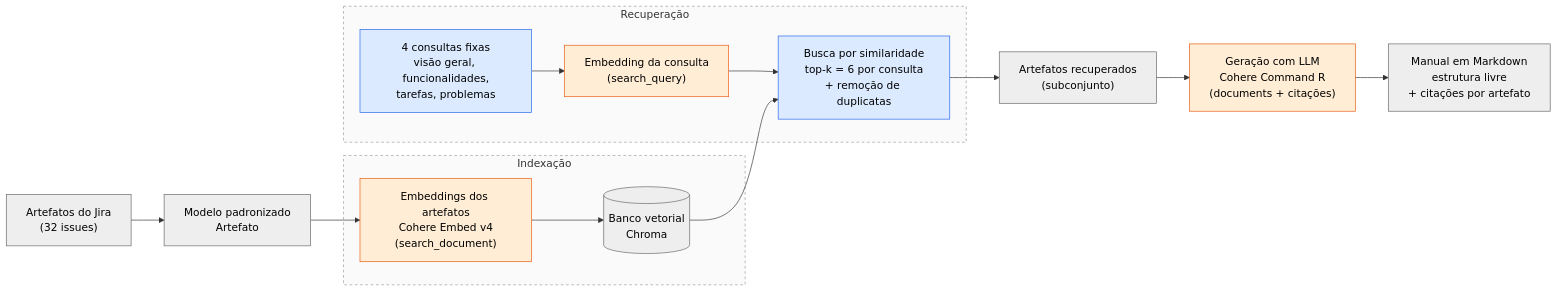
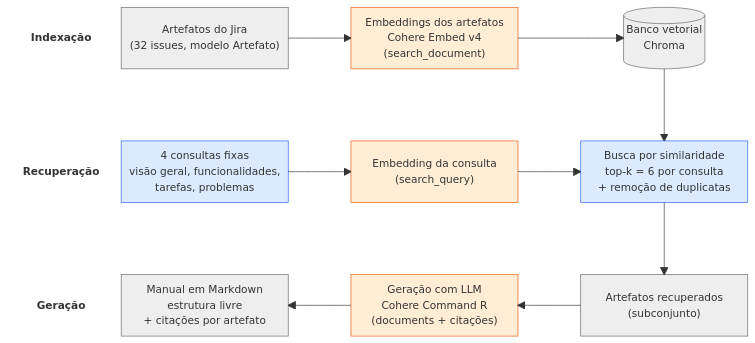
Before and after one commit to KarenStackoski/TCC: the second of 8 diagrams in docs/diagramas.md, drawn with Mermaid. The commit also changed other lines of this file and 4 other files, not shown here.

````diff
--- a/docs/diagramas.md
+++ b/docs/diagramas.md
@@ -58,33 +58,27 @@
 ```mermaid
-flowchart LR
-    A["Artefatos do Jira<br/>(32 issues)"]:::dado
-    B["Modelo padronizado<br/>Artefato"]:::dado
+block-beta
+    columns 13
+    L1["Indexação"]:2 A["Artefatos do Jira<br/>(32 issues, modelo Artefato)"]:3 space C["Embeddings dos artefatos<br/>Cohere Embed v4<br/>(search_document)"]:3 space D[("Banco vetorial<br/>Chroma")]:3
+    space:13
+    L2["Recuperação"]:2 Q["4 consultas fixas<br/>visão geral, funcionalidades,<br/>tarefas, problemas"]:3 space E["Embedding da consulta<br/>(search_query)"]:3 space F["Busca por similaridade<br/>top-k = 6 por consulta<br/>+ remoção de duplicatas"]:3
+    space:13
+    L3["Geração"]:2 I["Manual em Markdown<br/>estrutura livre<br/>+ citações por artefato"]:3 space H["Geração com LLM<br/>Cohere Command R<br/>(documents + citações)"]:3 space G["Artefatos recuperados<br/>(subconjunto)"]:3
 
-    subgraph IDX["Indexação"]
-        C["Embeddings dos artefatos<br/>Cohere Embed v4<br/>(search_document)"]:::llm
-        D[("Banco vetorial<br/>Chroma")]:::dado
-    end
+    A --> C
+    C --> D
+    D --> F
+    Q --> E
+    E --> F
+    F --> G
+    G --> H
+    H --> I
 
-    subgraph REC["Recuperação"]
-        Q["4 consultas fixas<br/>visão geral, funcionalidades,<br/>tarefas, problemas"]:::regra
-        E["Embedding da consulta<br/>(search_query)"]:::llm
-        F["Busca por similaridade<br/>top-k = 6 por consulta<br/>+ remoção de duplicatas"]:::regra
-    end
-
-    G["Artefatos recuperados<br/>(subconjunto)"]:::dado
-    H["Geração com LLM<br/>Cohere Command R<br/>(documents + citações)"]:::llm
-    I["Manual em Markdown<br/>estrutura livre<br/>+ citações por artefato"]:::dado
-
-    A --> B --> C --> D
-    Q --> E --> F
-    D --> F
-    F --> G --> H --> I
-
-    style IDX fill:#fafafa,stroke:#999,stroke-dasharray:4 4
-    style REC fill:#fafafa,stroke:#999,stroke-dasharray:4 4
-
+    classDef rotulo fill:#ffffff,stroke:#ffffff,color:#333,font-weight:bold;
     classDef dado fill:#eeeeee,stroke:#666,color:#000;
     classDef regra fill:#dbeafe,stroke:#2563eb,color:#000;
     classDef llm fill:#ffedd5,stroke:#ea580c,color:#000;
-    classDef humano fill:#dcfce7,stroke:#16a34a,color:#000;
+    class L1,L2,L3 rotulo
+    class A,D,G,I dado
+    class Q,F regra
+    class C,E,H llm
 ```
````
